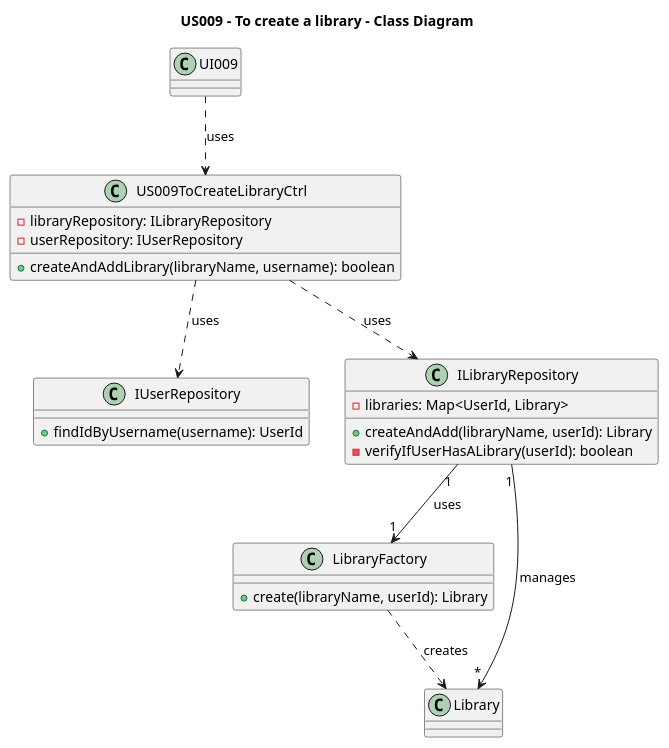
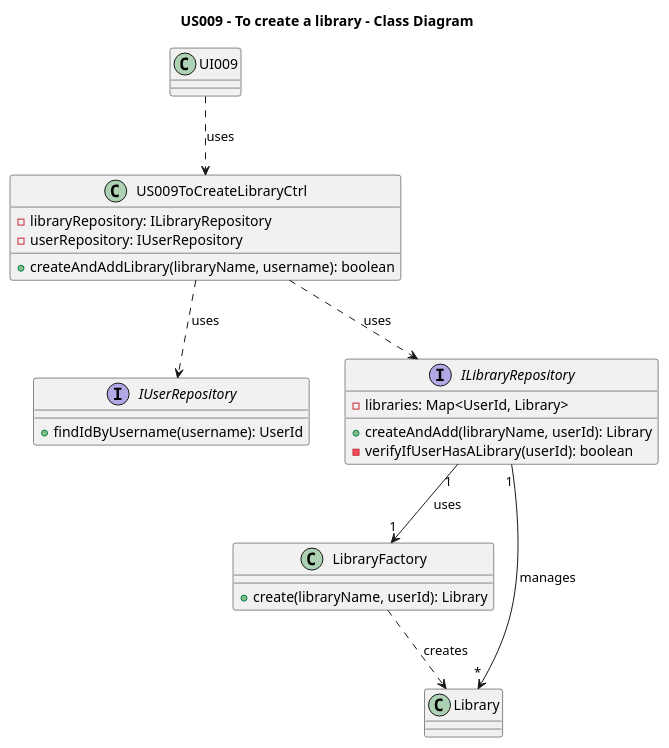
One commit to AndrePereiraGitH/SWitCH-Project-Team_A changed the diagram in Diagrams/ClassDiagrams/US009-to-create-a-library.puml. Above: the diagram before and after it, drawn with PlantUML. The commit also changed 1 other file, not shown here.

Commit message:
docs (US009) #475: fixed some mistakes in uml annotation

```diff
--- a/Diagrams/ClassDiagrams/US009-to-create-a-library.puml
+++ b/Diagrams/ClassDiagrams/US009-to-create-a-library.puml
@@ -1,43 +1,43 @@
 @startuml
 title US009 - To create a library - Class Diagram
 
 
 class UI009 {
 }
 
 
 class US009ToCreateLibraryCtrl {
     - libraryRepository: ILibraryRepository
     - userRepository: IUserRepository
     + createAndAddLibrary(libraryName, username): boolean
 }
 
-class IUserRepository {
+interface IUserRepository {
     + findIdByUsername(username): UserId
 }
 
-class ILibraryRepository {
+interface ILibraryRepository {
     - libraries: Map<UserId, Library>
     + createAndAdd(libraryName, userId): Library
     - verifyIfUserHasALibrary(userId): boolean
 }
 
 
 class LibraryFactory {
     + create(libraryName, userId): Library
 }
 
 
 class Library {
 }
 
 
 ' Relationships
 UI009 ..> US009ToCreateLibraryCtrl: uses
 US009ToCreateLibraryCtrl ..> IUserRepository: uses
 US009ToCreateLibraryCtrl ..> ILibraryRepository: uses
 ILibraryRepository "1" --> "1" LibraryFactory: uses
 ILibraryRepository "1" --> "*" Library: manages
 LibraryFactory ..> Library: creates
 
 @enduml
```
